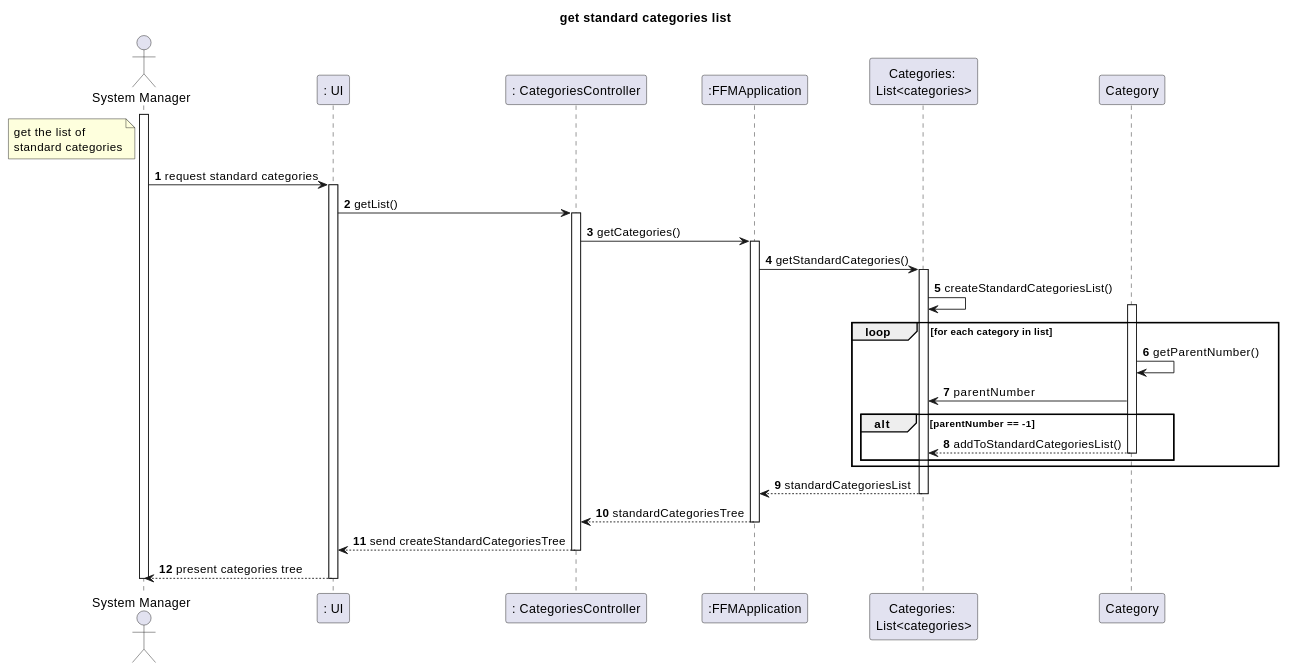
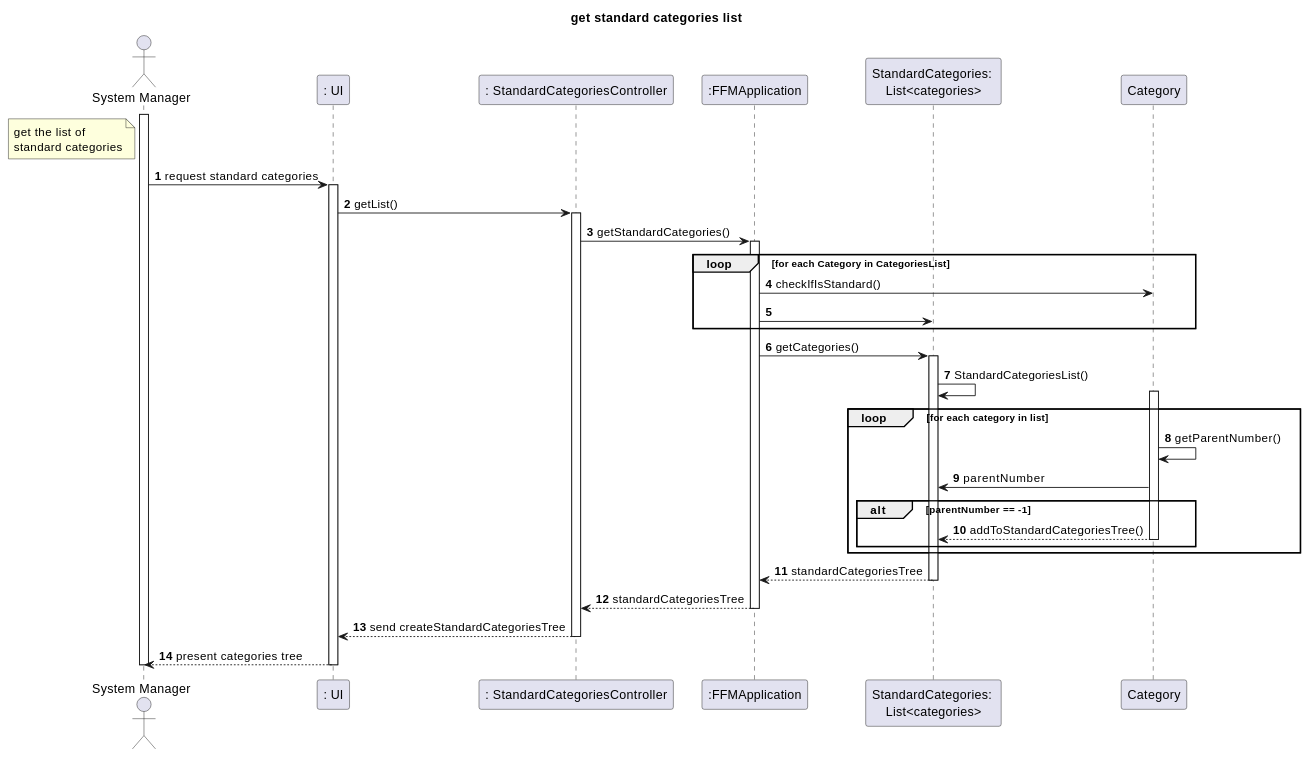
Before and after one commit to tomas-osswald/switch_2020_g3: the diagram in docs/US002 Get Standard Categories.md, drawn with PlantUML. The commit also changed other lines of this file, not shown here.

`````diff
--- a/docs/US002 Get Standard Categories.md
+++ b/docs/US002 Get Standard Categories.md
@@ -32,41 +32,45 @@
 ````puml
 autonumber
 title get standard categories list
 actor "System Manager" as systemManager
 participant ": UI" as ui
-participant ": CategoriesController" as controller
+participant ": StandardCategoriesController" as controller
 participant ":FFMApplication" as app
-participant "Categories: \nList<categories>" as list
+participant "StandardCategories: \nList<categories>" as list
 participant "Category" as category
 
 note left of systemManager:  get the list of \nstandard categories
 activate systemManager
 systemManager -> ui : request standard categories
 activate ui
 ui -> controller : getList()
 activate controller
-controller -> app : getCategories()
+controller -> app : getStandardCategories()
 activate app
-app -> list : getStandardCategories()
+loop for each Category in CategoriesList
+app -> category : checkIfIsStandard()
+app -> list
+end
+app -> list : getCategories()
 activate list
-list -> list : createStandardCategoriesList()
+list -> list : StandardCategoriesList()
 loop for each category in list
 activate category
          category -> category: getParentNumber()
          category -> list : parentNumber
          alt parentNumber == -1
-         category --> list : addToStandardCategoriesList()
+         category --> list : addToStandardCategoriesTree()
          deactivate category
         end
        end
-list --> app : standardCategoriesList
+list --> app : standardCategoriesTree
 deactivate list
 app --> controller : standardCategoriesTree
 deactivate app
 controller --> ui :send createStandardCategoriesTree
 deactivate controller
 ui --> systemManager : present categories tree
 deactivate ui
 deactivate systemManager
 @enduml
 ````
`````
